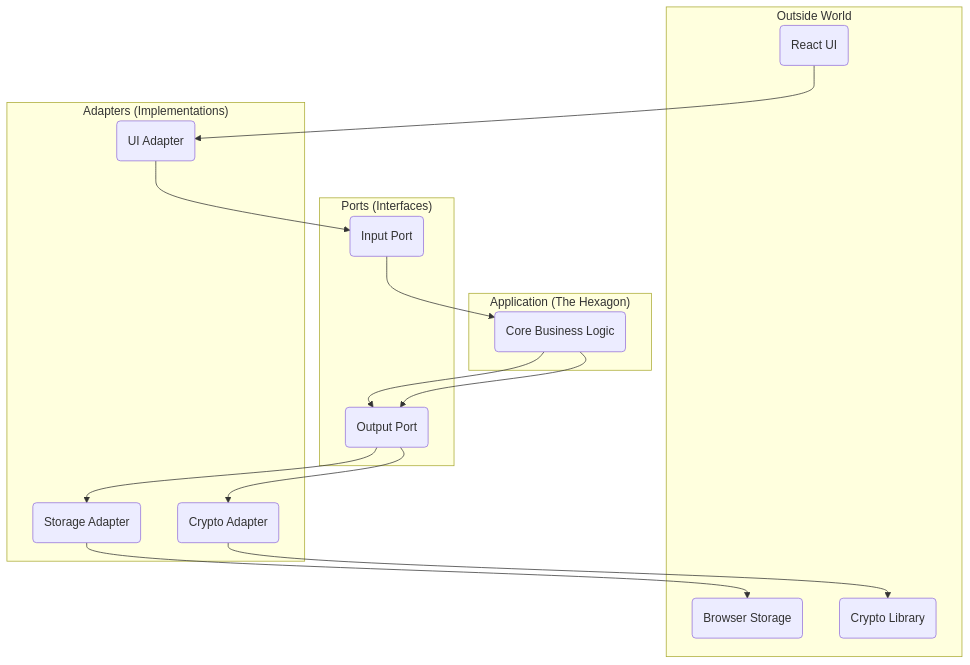
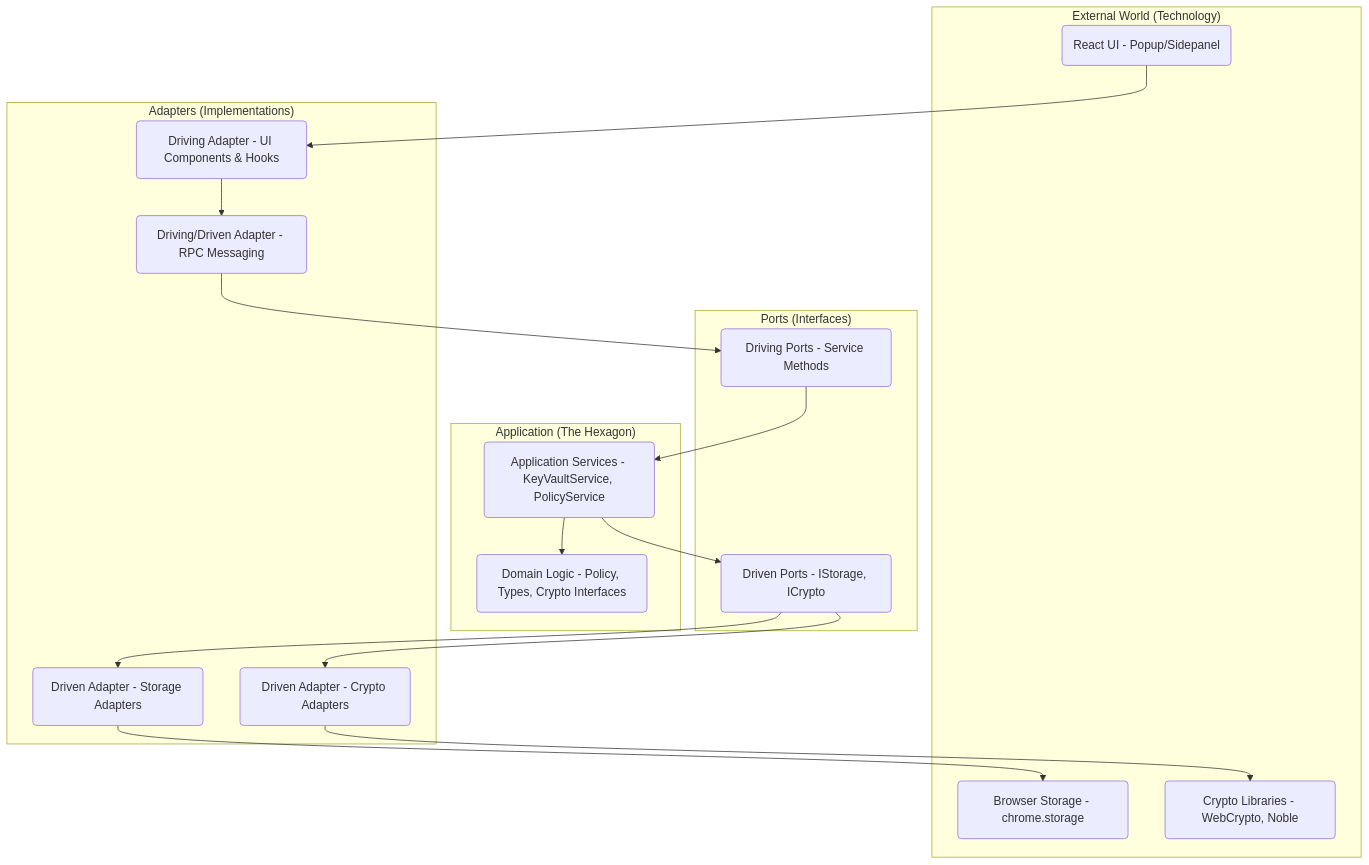
Before and after one commit to macro88/ostrilo: the first of 2 diagrams in docs/architecture_primer.md, drawn with Mermaid. The commit also changed other lines of this file and 22 other files, not shown here.

````diff
--- a/docs/architecture_primer.md
+++ b/docs/architecture_primer.md
@@ -44,35 +44,38 @@
 ```mermaid
 graph TD
-    subgraph "Outside World"
-        UI(React UI)
-        BrowserStorage(Browser Storage)
-        CryptoLib(Crypto Library)
+    subgraph "External World (Technology)"
+        UI(React UI - Popup/Sidepanel)
+        BrowserStorage(Browser Storage - chrome.storage)
+        CryptoLib(Crypto Libraries - WebCrypto, Noble)
     end
 
     subgraph "Application (The Hexagon)"
-        Core(Core Business Logic)
+        Core(Domain Logic - Policy, Types, Crypto Interfaces)
+        Services(Application Services - KeyVaultService, PolicyService)
     end
 
     subgraph "Ports (Interfaces)"
-        InputPort(Input Port)
-        OutputPort(Output Port)
+        InputPort(Driving Ports - Service Methods)
+        OutputPort(Driven Ports - IStorage, ICrypto)
     end
 
     subgraph "Adapters (Implementations)"
-        UI_Adapter(UI Adapter)
-        Storage_Adapter(Storage Adapter)
-        Crypto_Adapter(Crypto Adapter)
+        UI_Adapter(Driving Adapter - UI Components & Hooks)
+        Storage_Adapter(Driven Adapter - Storage Adapters)
+        Crypto_Adapter(Driven Adapter - Crypto Adapters)
+        RPC_Adapter(Driving/Driven Adapter - RPC Messaging)
     end
 
     UI --> UI_Adapter;
-    UI_Adapter --> InputPort;
-    InputPort --> Core;
+    UI_Adapter --> RPC_Adapter;
+    RPC_Adapter --> InputPort;
+    InputPort --> Services;
+    Services --> Core;
+    Services --> OutputPort;
 
-    Core --> OutputPort;
     OutputPort --> Storage_Adapter;
     Storage_Adapter --> BrowserStorage;
 
-    Core --> OutputPort;
     OutputPort --> Crypto_Adapter;
     Crypto_Adapter --> CryptoLib;
 ```
````
